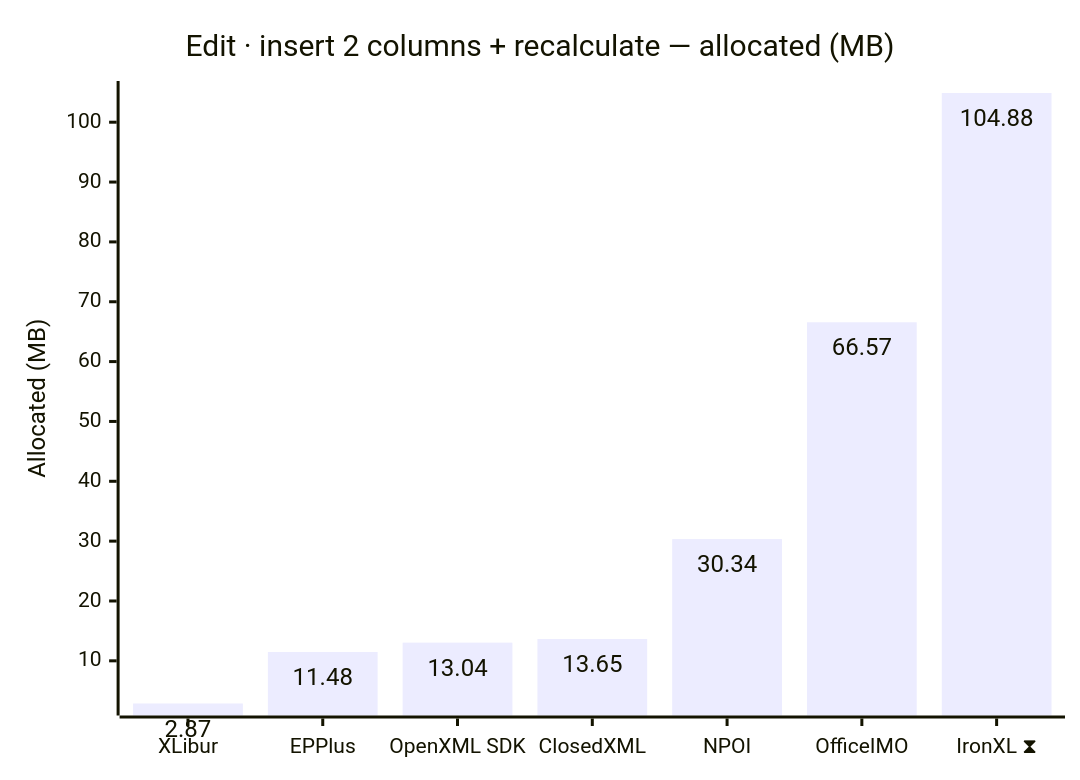
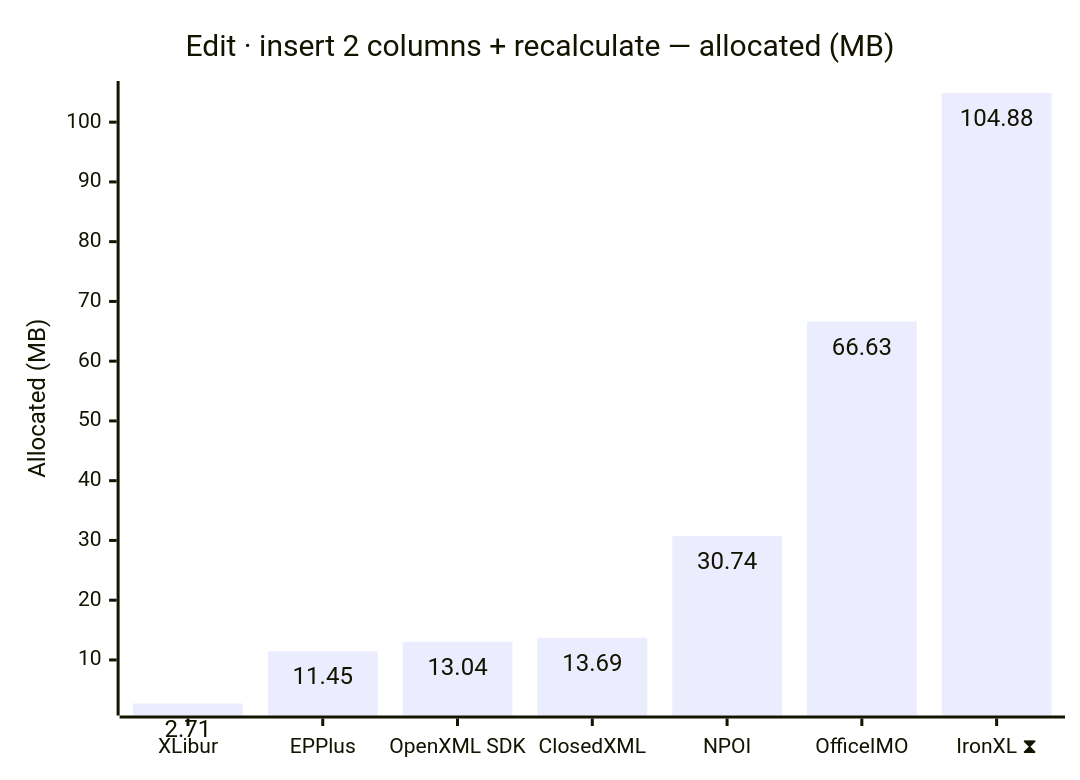
One commit to jafin/XLBench changed diagram 12 of 12 in docs/results-ci.md. Above: the diagram before and after it, drawn with Mermaid. The commit also changed other lines of this file, not shown here.

````diff
--- a/docs/results-ci.md
+++ b/docs/results-ci.md
@@ -186,12 +186,12 @@
 ```mermaid
 ---
 config:
   xyChart:
     showDataLabel: true
 ---
 xychart-beta
     title "Edit · insert 2 columns + recalculate — allocated (MB)"
     x-axis ["XLibur", "EPPlus", "OpenXML SDK", "ClosedXML", "NPOI", "OfficeIMO", "IronXL ⧗"]
     y-axis "Allocated (MB)"
-    bar [2.87, 11.48, 13.04, 13.65, 30.34, 66.57, 104.88]
+    bar [2.71, 11.45, 13.04, 13.69, 30.74, 66.63, 104.88]
 ```
````
